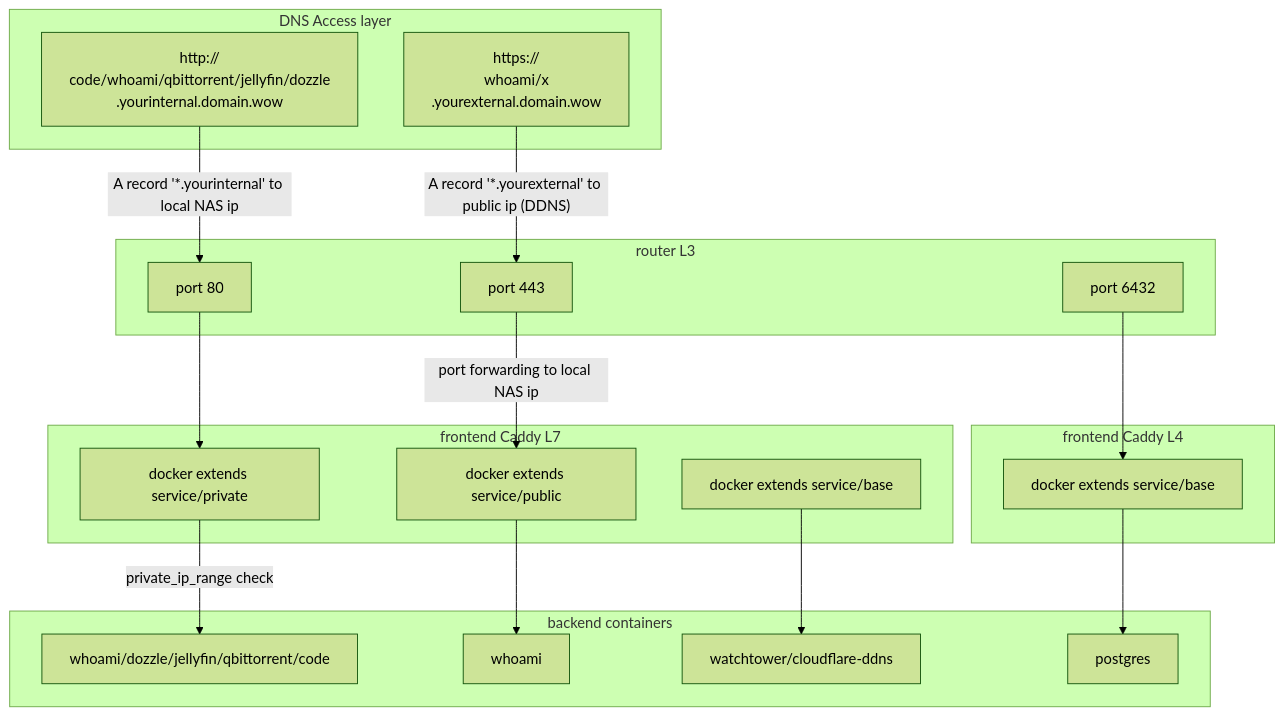
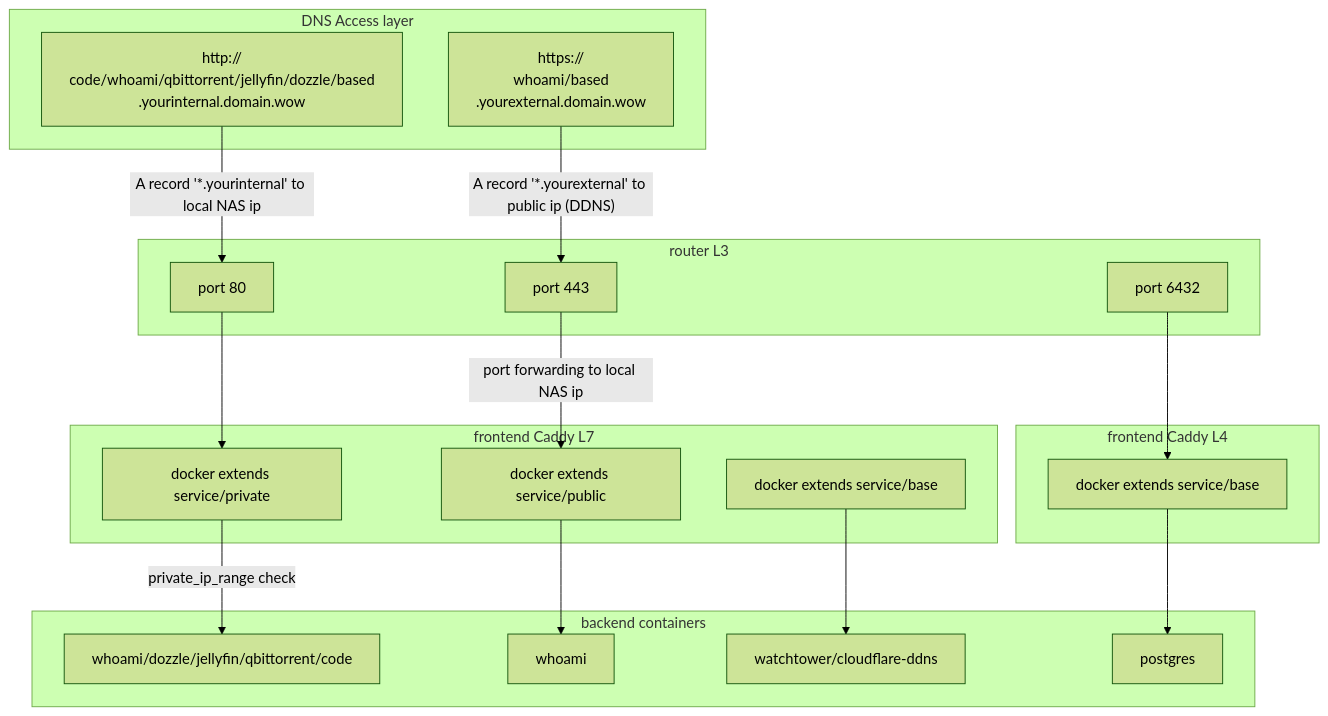
One commit to erwinkramer/synology-nas-bootstrapper changed the diagram in README.md. Above: the diagram before and after it, drawn with Mermaid (forest theme).

````diff
--- a/README.md
+++ b/README.md
@@ -14,48 +14,48 @@
 ```mermaid
 flowchart TD
 
 subgraph access[DNS Access layer]
 privateservices[http://
-code/whoami/qbittorrent/jellyfin/dozzle
+code/whoami/qbittorrent/jellyfin/dozzle/based
 .yourinternal.domain.wow
 ]
 externalservices[https://
-whoami/x
+whoami/based
 .yourexternal.domain.wow
 ]
 end
 
 subgraph router L3
 6432[port 6432]
 80[port 80]
 443[port 443]
 end
 
 subgraph cr7[frontend Caddy L7]
 extendspe[docker extends service/private]
 extendspub[docker extends service/public]
 
 extendscr7[docker extends service/base]
 end
 
 subgraph cr4[frontend Caddy L4]
 extendscr4[docker extends service/base]
 end
 
 subgraph cm[backend containers]
 int[watchtower/cloudflare-ddns]
 postgres
 ext[whoami]
 prv[whoami/dozzle/jellyfin/qbittorrent/code]
 end
 
 privateservices -- A record '*.yourinternal' to local NAS ip  --> 80 --> extendspe
 
 6432 --> extendscr4
 externalservices -- A record '*.yourexternal' to public ip (DDNS) --> 443 -- port forwarding to local NAS ip --> extendspub
 extendscr7 --> int
 extendscr4 --> postgres
 
 extendspub --> ext
 extendspe -- private_ip_range check -->prv
 ```
````
